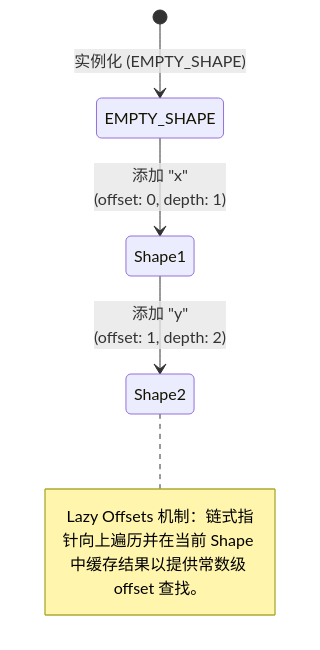
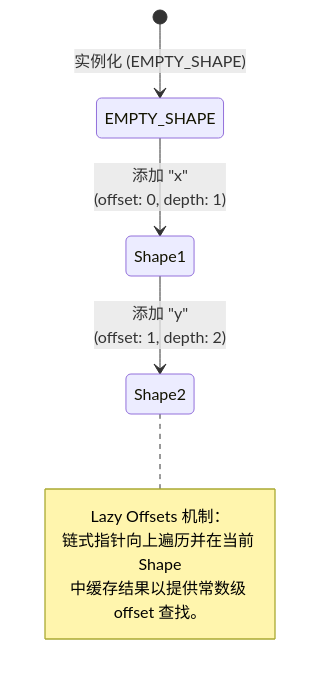
One commit to xiokuai/For-Elysia changed the second of 2 diagrams in README.md. Above: the diagram before and after it, drawn with Mermaid. The commit also changed other lines of this file and 27 other files, not shown here.

````diff
--- a/README.md
+++ b/README.md
@@ -86,7 +85,11 @@
 ```mermaid
 stateDiagram-v2
     [*] --> EMPTY_SHAPE: 实例化 (EMPTY_SHAPE)
     EMPTY_SHAPE --> Shape1: 添加 "x"<br>(offset: 0, depth: 1)
     Shape1 --> Shape2: 添加 "y"<br>(offset: 1, depth: 2)
-    note right of Shape2 : Lazy Offsets 机制：链式指针向上遍历并在当前 Shape 中缓存结果以提供常数级 offset 查找。
+    note right of Shape2
+        Lazy Offsets 机制：
+        链式指针向上遍历并在当前 Shape
+        中缓存结果以提供常数级 offset 查找。
+    end note
 ```
````
